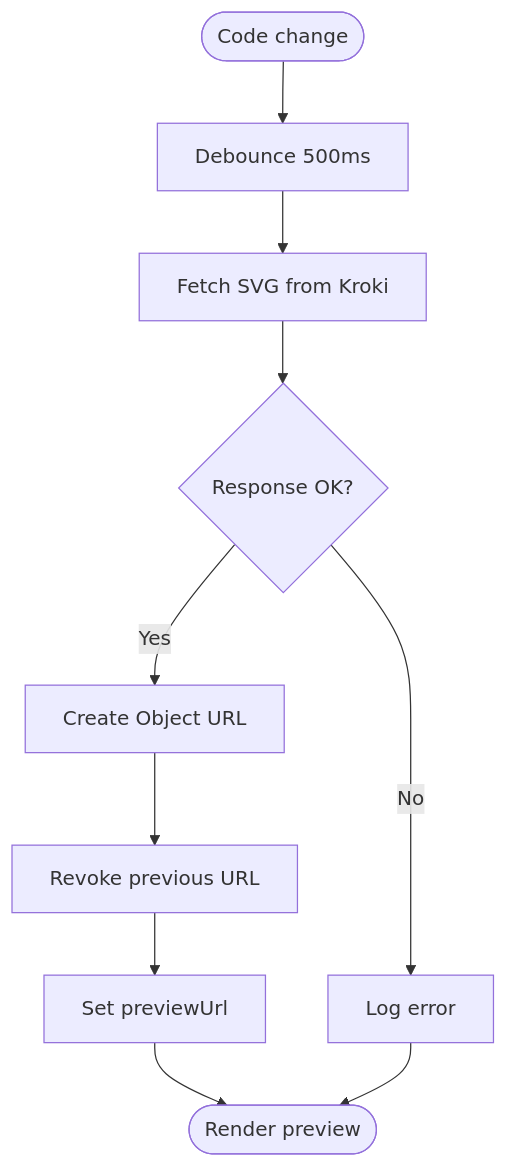
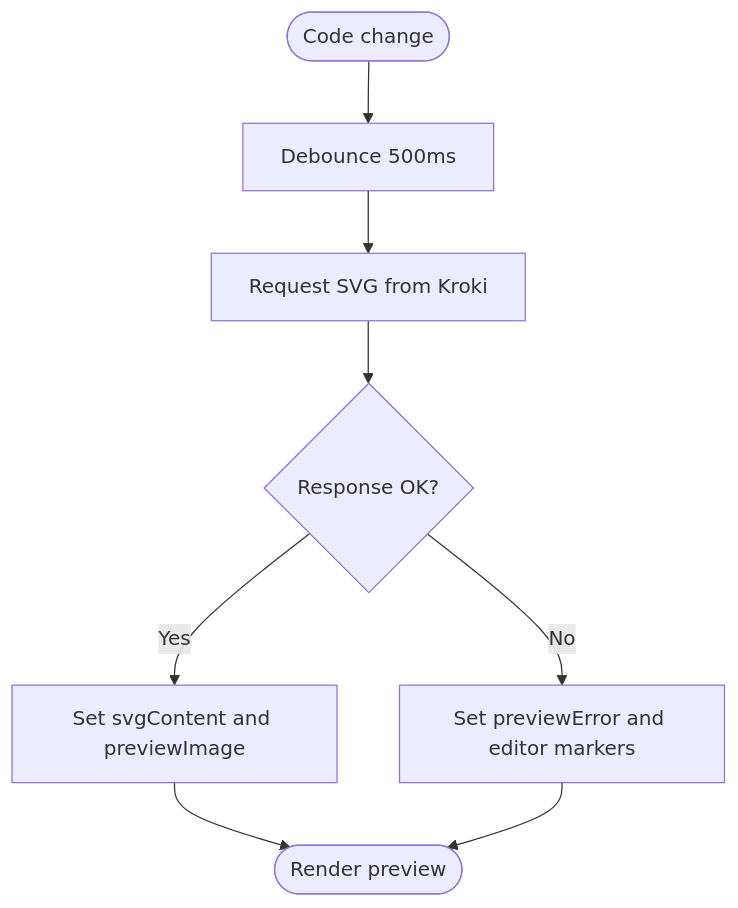
Before and after one commit to ongchonghian/universal-diagram-editor: the fourth of 9 diagrams in .qoder/repowiki/en/content/Advanced Features/Advanced Features.md, drawn with Mermaid. The commit also changed other lines of this file and 31 other files, not shown here.

````diff
--- a/.qoder/repowiki/en/content/Advanced Features/Advanced Features.md
+++ b/.qoder/repowiki/en/content/Advanced Features/Advanced Features.md
@@ -257,12 +256,10 @@
 ```mermaid
 flowchart TD
 Start(["Code change"]) --> Debounce["Debounce 500ms"]
-Debounce --> Fetch["Fetch SVG from Kroki"]
+Debounce --> Fetch["Request SVG from Kroki"]
 Fetch --> Ok{"Response OK?"}
-Ok --> |Yes| Blob["Create Object URL"]
-Blob --> SetPrev["Revoke previous URL"]
-SetPrev --> Update["Set previewUrl"]
-Ok --> |No| Error["Log error"]
-Update --> End(["Render preview"])
+Ok --> |Yes| Svg["Set svgContent and previewImage"]
+Ok --> |No| Error["Set previewError and editor markers"]
+Svg --> End(["Render preview"])
 Error --> End
 ```
````
